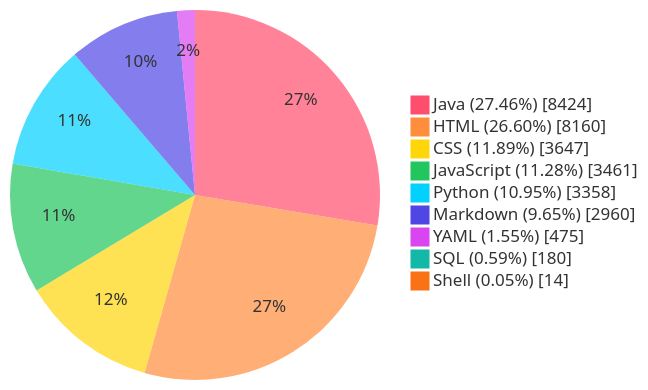
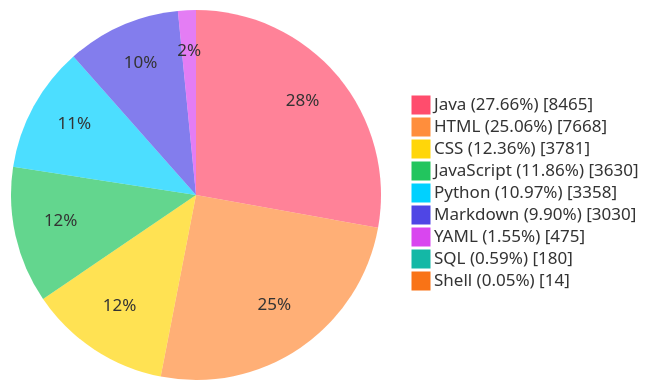
The diagram in README.md (TheBadRoger/BUCT-Teaching-Aids), drawn with Mermaid before and after one commit. The commit also changed other lines of this file and 26 other files, not shown here.

````diff
--- a/README.md
+++ b/README.md
@@ -40,28 +40,28 @@
 ```mermaid
 %%{init: {'theme':'base','themeVariables': {
   'fontFamily': 'Fira Code, JetBrains Mono, Source Code Pro, Cascadia Code, Menlo, Consolas, monospace',
   'pieStrokeColor': 'transparent',
   'pieStrokeWidth': '0px',
   'pieOuterStrokeWidth': '0px',
   'pie1': '#FF4D6D',
   'pie2': '#FF8E3C',
   'pie3': '#FFD60A',
   'pie4': '#22C55E',
   'pie5': '#00D1FF',
   'pie6': '#4F46E5',
   'pie7': '#D946EF',
   'pie8': '#14B8A6',
   'pie9': '#F97316',
   'pie10': '#A855F7'
 }}}%%
 pie showData
-    "Java (27.46%)" : 8424
-    "HTML (26.60%)" : 8160
-    "CSS (11.89%)" : 3647
-    "JavaScript (11.28%)" : 3461
-    "Python (10.95%)" : 3358
-    "Markdown (9.65%)" : 2960
+    "Java (27.66%)" : 8465
+    "HTML (25.06%)" : 7668
+    "CSS (12.36%)" : 3781
+    "JavaScript (11.86%)" : 3630
+    "Python (10.97%)" : 3358
+    "Markdown (9.90%)" : 3030
     "YAML (1.55%)" : 475
     "SQL (0.59%)" : 180
     "Shell (0.05%)" : 14
 ```
````
